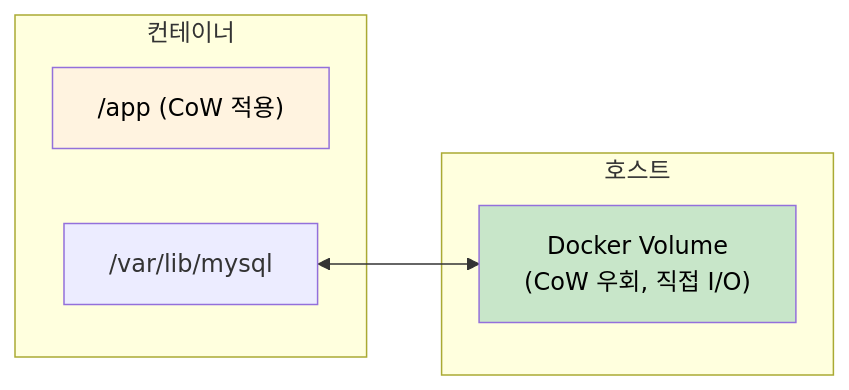
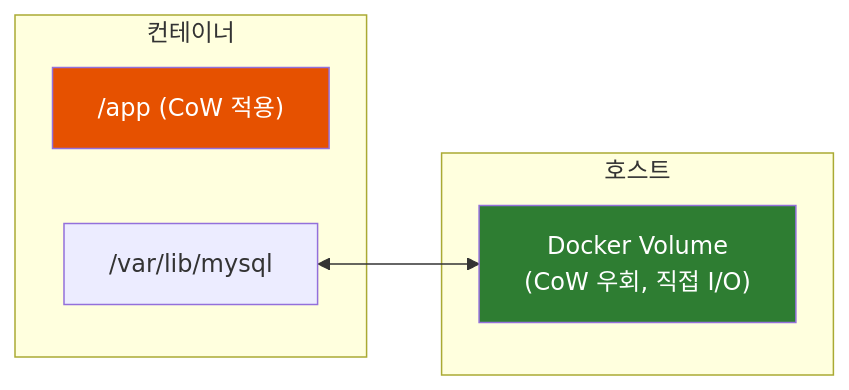
The sixth of 6 diagrams in docker/Docker의-Copy-on-Write-전략.md (sskim91/TIL), drawn with Mermaid before and after one commit. The commit also changed other lines of this file and 2 other files, not shown here.

````diff
--- a/docker/Docker의-Copy-on-Write-전략.md
+++ b/docker/Docker의-Copy-on-Write-전략.md
@@ -284,16 +318,16 @@
 ```mermaid
 flowchart LR
     subgraph Container["컨테이너"]
         A["/app (CoW 적용)"]
         B["/var/lib/mysql"]
     end
 
     subgraph Host["호스트"]
         C["Docker Volume<br/>(CoW 우회, 직접 I/O)"]
     end
 
     B <--> C
 
-    style A fill:#fff3e0,color:#000
-    style C fill:#c8e6c9,color:#000
+    style A fill:#E65100,color:#fff
+    style C fill:#2E7D32,color:#fff
 ```
````
